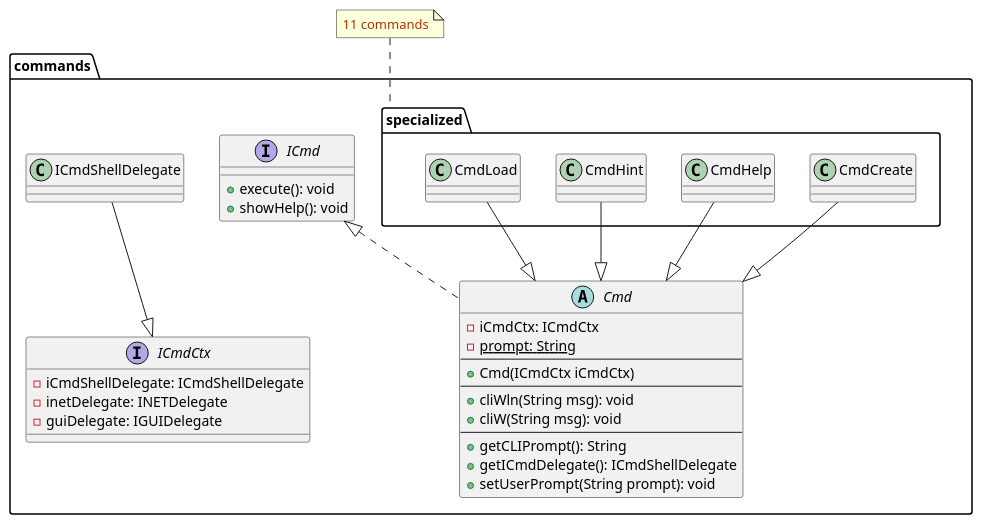
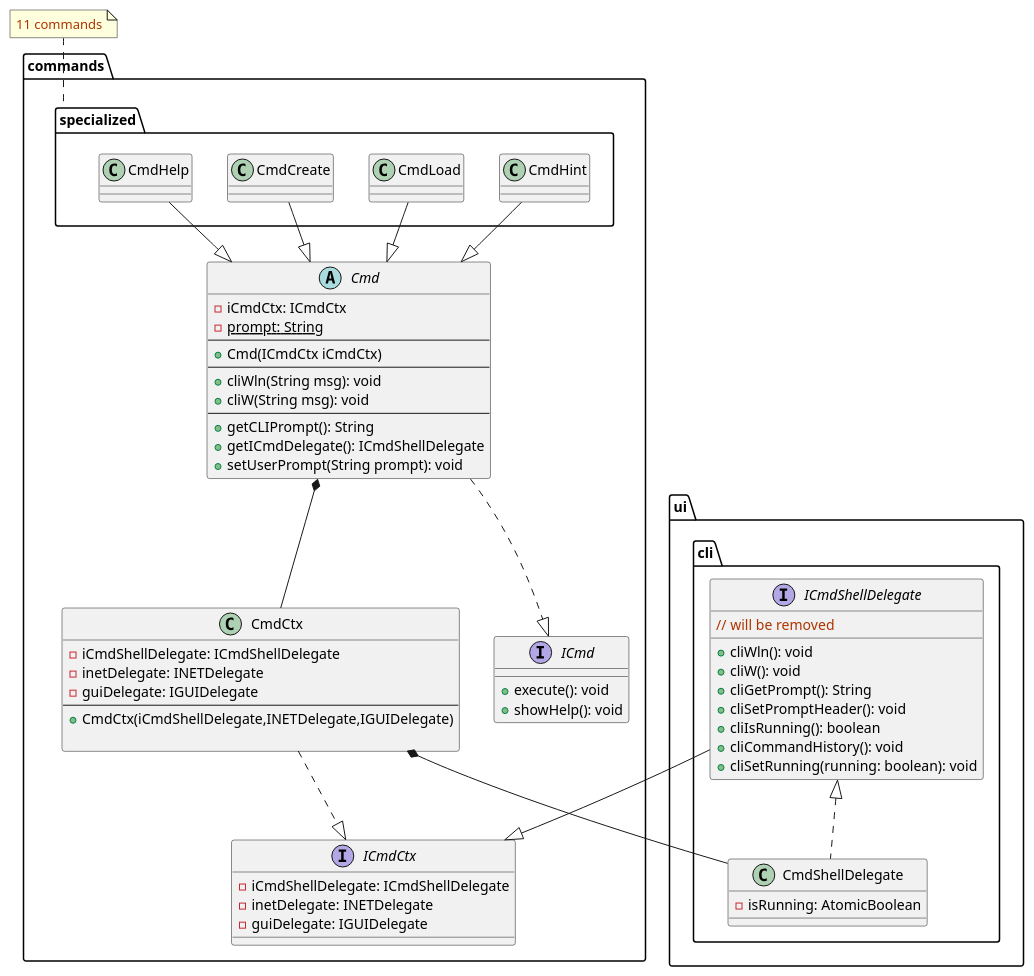
One commit to mathys-guillorit/agon-java changed the diagram in agon/UML/WhiteBox/c_classDiagram/layers/application/commands/commands.puml. Above: the diagram before and after it, drawn with PlantUML.

Commit message:
update to last version Commands

```diff
--- a/agon/UML/WhiteBox/c_classDiagram/layers/application/commands/commands.puml
+++ b/agon/UML/WhiteBox/c_classDiagram/layers/application/commands/commands.puml
@@ -1,52 +1,88 @@
 @startuml
 'https://plantuml.com/class-diagram
 
 package commands {
     interface ICmd {
         + execute(): void
         + showHelp(): void
     }
     ' pour éviter de se répéter dans les commandes on place
     ' le contexte ici
-    abstract class Cmd implements ICmd {
+    abstract class Cmd {
         - iCmdCtx: ICmdCtx
         - {static} prompt: String
         --
         + Cmd(ICmdCtx iCmdCtx)
         --
         + cliWln(String msg): void
         + cliW(String msg): void
         --
         + getCLIPrompt(): String
         + getICmdDelegate(): ICmdShellDelegate
         + setUserPrompt(String prompt): void
     }
     package specialized {
         class CmdCreate {}
         class CmdHelp {}
         class CmdHint {}
         class CmdLoad {}
     }
     ' interface contextuelle pour les commandes
     ' permet de ne plus modifier les contructeurs des commandes
     ' si on rajoute des delegate (pour plus tard le network et la partie GUI)
     interface ICmdCtx {
         - iCmdShellDelegate: ICmdShellDelegate
         - inetDelegate: INETDelegate
         - guiDelegate: IGUIDelegate
     }
+    class CmdCtx {
+          - iCmdShellDelegate: ICmdShellDelegate
+          - inetDelegate: INETDelegate
+          - guiDelegate: IGUIDelegate
+          --
+          + CmdCtx(iCmdShellDelegate,INETDelegate,IGUIDelegate)
 
-    ICmdShellDelegate --|> ICmdCtx
+    }
+
+
 
     CmdCreate --|> Cmd
     CmdHelp --|> Cmd
     CmdHint --|> Cmd
     CmdLoad --|> Cmd
 
 }
+package ui{
+    package cli {
+        interface ICmdShellDelegate {
+            + cliWln(): void
+            + cliW(): void
+            + cliGetPrompt(): String
+            + cliSetPromptHeader(): void
+            + cliIsRunning(): boolean
+            + cliCommandHistory(): void
+            <color:#AE3400>// will be removed</color>
+            + cliSetRunning(running: boolean): void
+
+        }
+        class CmdShellDelegate implements ICmdShellDelegate{
+            - isRunning: AtomicBoolean
+
+        }
+    }
+}
+
+ICmdShellDelegate --|> ICmdCtx
+Cmd *-- CmdCtx
+' CmdCtx implements ICmdCtx
+CmdCtx ..|> ICmdCtx
+Cmd ..|> ICmd
+CmdCtx *- CmdShellDelegate
 
 note top of specialized
   <color:#AE3400>11 commands</color>
 end note
 
+
+
 @enduml
```
